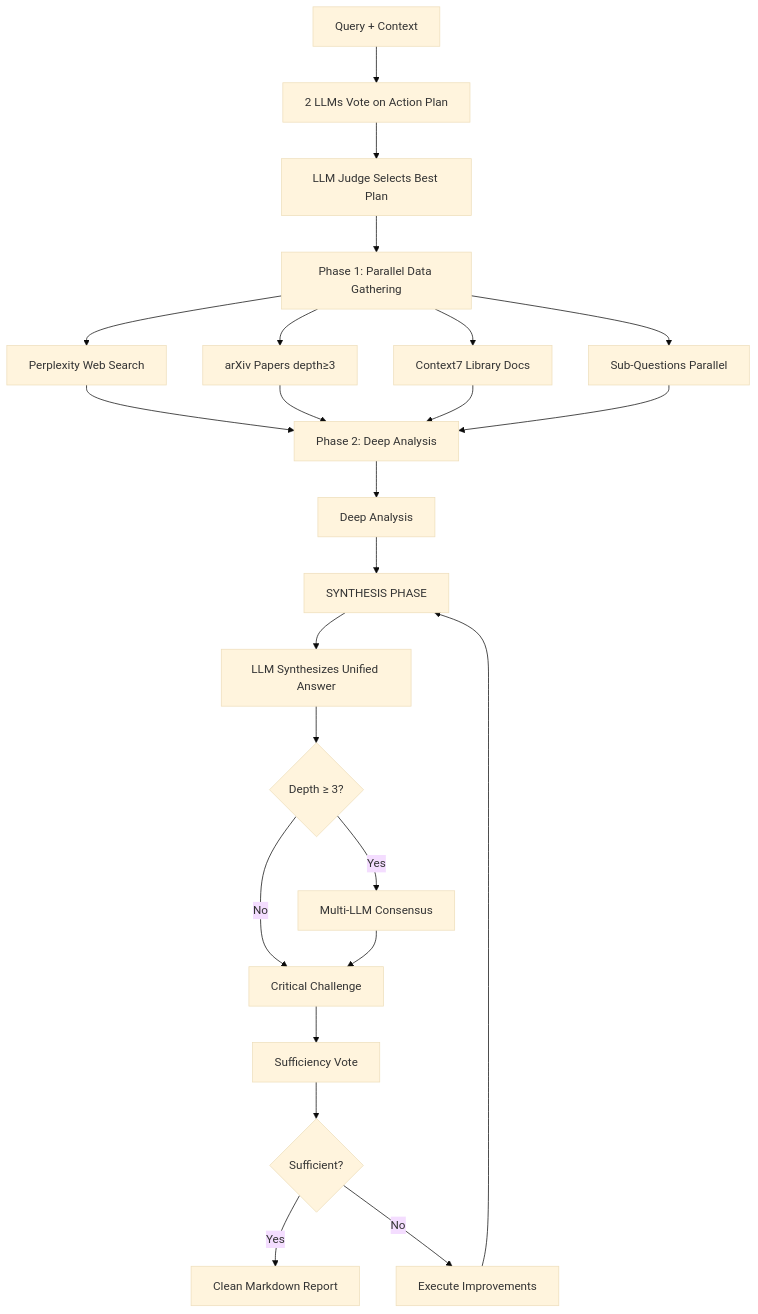
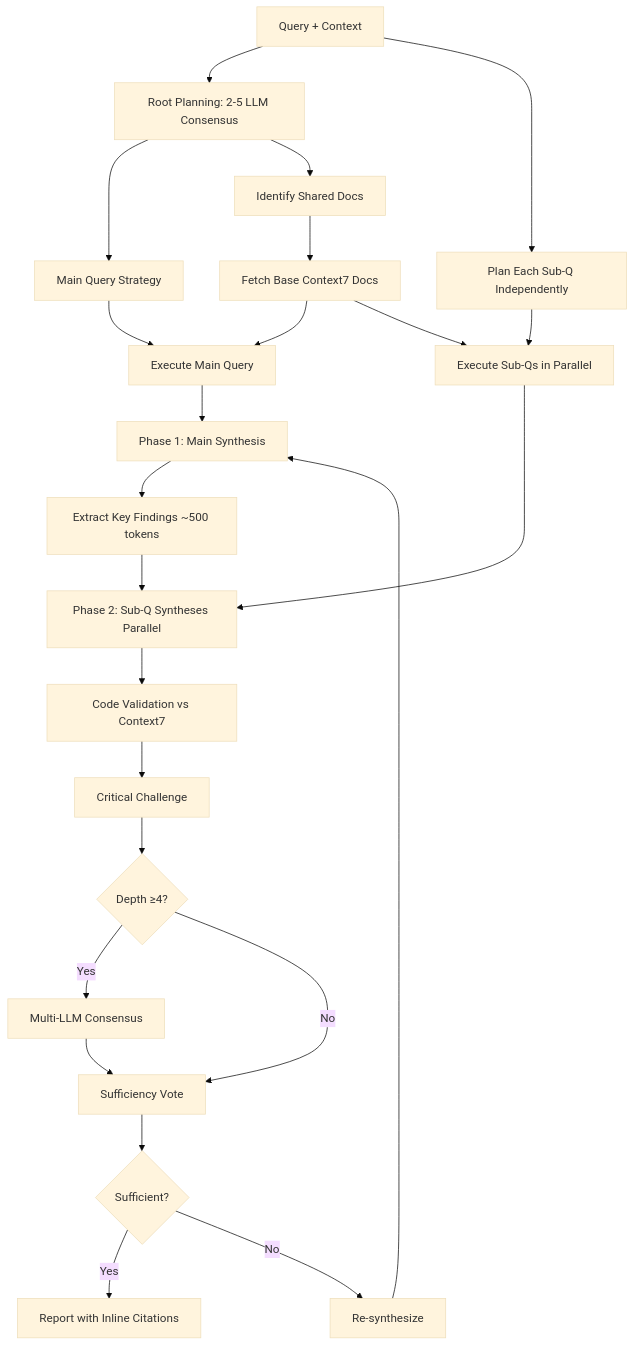
One commit to norvalbv/deep-research-mcp changed the diagram in README.md. Above: the diagram before and after it, drawn with Mermaid (base theme). The commit also changed other lines of this file and 5 other files, not shown here.

Commit message:
feat: re-validate findings in summary, search results for sub questions

````diff
--- a/README.md
+++ b/README.md
@@ -226,26 +284,29 @@
 ```mermaid
 graph TD
-    A[Query + Context] --> B[2 LLMs Vote on Action Plan]
-    B --> C[LLM Judge Selects Best Plan]
-    C --> D[Phase 1: Parallel Data Gathering]
-    D --> E[Perplexity Web Search]
-    D --> F[arXiv Papers depth≥3]
-    D --> G[Context7 Library Docs]
-    D --> H[Sub-Questions Parallel]
-    E --> I[Phase 2: Deep Analysis]
-    F --> I
-    G --> I
-    H --> I
-    I --> J[Deep Analysis]
-    J --> K[SYNTHESIS PHASE]
-    K --> L[LLM Synthesizes Unified Answer]
-    L --> M{Depth ≥ 3?}
-    M -->|Yes| N[Multi-LLM Consensus]
-    M -->|No| O[Critical Challenge]
-    N --> O
-    O --> P[Sufficiency Vote]
+    A[Query + Context] --> B[Root Planning: 2-5 LLM Consensus]
+    B --> C[Main Query Strategy]
+    B --> D[Identify Shared Docs]
+    D --> E[Fetch Base Context7 Docs]
+    A --> F[Plan Each Sub-Q Independently]
+    
+    C --> G[Execute Main Query]
+    E --> G
+    F --> H[Execute Sub-Qs in Parallel]
+    E --> H
+    
+    G --> I[Phase 1: Main Synthesis]
+    I --> J[Extract Key Findings ~500 tokens]
+    J --> K[Phase 2: Sub-Q Syntheses Parallel]
+    H --> K
+    
+    K --> L[Code Validation vs Context7]
+    L --> M[Critical Challenge]
+    M --> N{Depth ≥4?}
+    N -->|Yes| O[Multi-LLM Consensus]
+    N -->|No| P[Sufficiency Vote]
+    O --> P
     P --> Q{Sufficient?}
-    Q -->|Yes| R[Clean Markdown Report]
-    Q -->|No| S[Execute Improvements]
-    S --> K
+    Q -->|Yes| R[Report with Inline Citations]
+    Q -->|No| S[Re-synthesize]
+    S --> I
 ```
````
